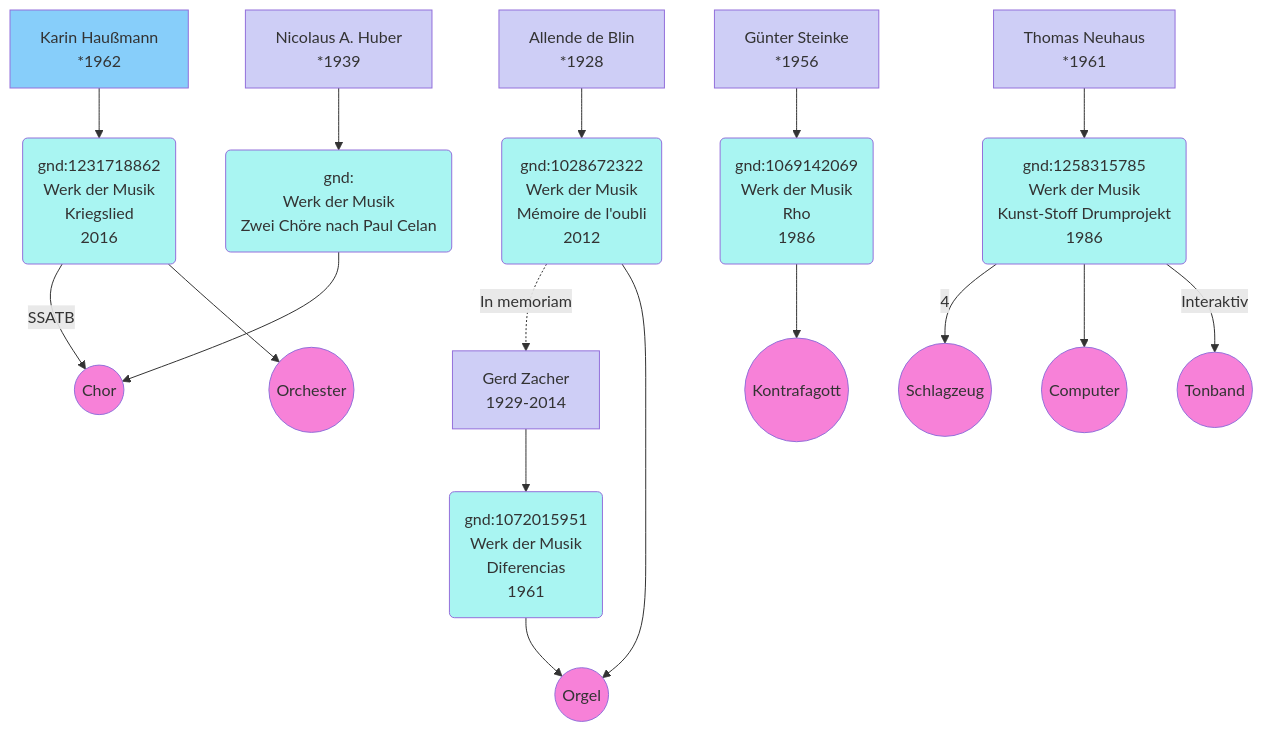
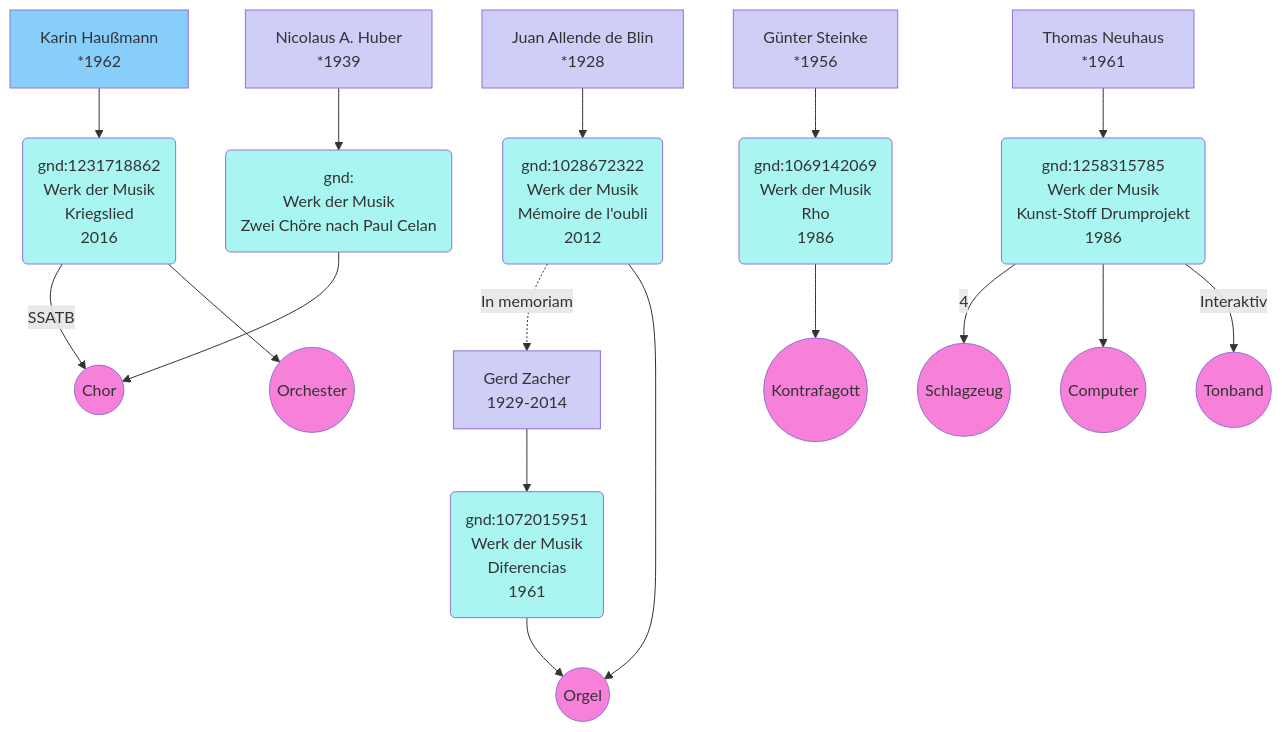
Before and after one commit to dinathelibrarian/KIR: the second of 2 diagrams in kir_v1.0.md, drawn with Mermaid.

````diff
--- a/kir_v1.0.md
+++ b/kir_v1.0.md
@@ -31,42 +31,42 @@
 ```mermaid
 flowchart
 classDef Werk fill:#A9F5F2;
 classDef Person_w fill:#87CEFA;
 classDef Ort fill:#A9A9F5;
 classDef Besetzung fill:#F781D8;
 classDef Person_m fill:#CECEF6;
 classDef Institution fill:#FE9A2E;
-a_de-blin[Allende de Blin<br>*1928]:::Person_m;
+a_de-blin[Juan Allende de Blin<br>*1928]:::Person_m;
 g_steinke[Günter Steinke<br>*1956]:::Person_m;
 th_neuhaus[Thomas Neuhaus<br>*1961]:::Person_m;
 g_zacher[Gerd Zacher<br>1929-2014]:::Person_m;
 k_haussmann[Karin Haußmann<br>*1962]:::Person_w;
 na_huber[Nicolaus A. Huber<br>*1939]:::Person_m;
 
 deblin_2012_memoire(gnd:1028672322<br>Werk der Musik<br>Mémoire de l'oubli<br>2012):::Werk -.->|In memoriam| g_zacher
 neuhaus_1989_kunststoff(gnd:1258315785<br>Werk der Musik<br>Kunst-Stoff Drumprojekt<br>1986):::Werk
 haussmann_2016_kriegslied(gnd:1231718862<br>Werk der Musik<br>Kriegslied<br>2016):::Werk
 steinke_1986_rho(gnd:1069142069<br>Werk der Musik<br>Rho<br>1986):::Werk
 zacher_1961_diferencias(gnd:1072015951<br>Werk der Musik<br>Diferencias<br>1961):::Werk
 huber_1965_choerecelan(gnd:<br>Werk der Musik<br>Zwei Chöre nach Paul Celan):::Werk
 
 Besetzung_Chor((Chor)):::Besetzung
 Besetzung_Orchester((Orchester)):::Besetzung
 Besetzung_Kontrafagott((Kontrafagott)):::Besetzung
 Besetzung_Orgel((Orgel)):::Besetzung
 Besetzung_Schlagzeug((Schlagzeug)):::Besetzung
 Besetzung_Tonband((Tonband)):::Besetzung
 Besetzung_Computer((Computer)):::Besetzung
 
 a_de-blin -->deblin_2012_memoire --> Besetzung_Orgel
 g_steinke --> steinke_1986_rho --> Besetzung_Kontrafagott
 g_zacher --> zacher_1961_diferencias --> Besetzung_Orgel
 th_neuhaus -->neuhaus_1989_kunststoff
 	neuhaus_1989_kunststoff -->|4| Besetzung_Schlagzeug((Schlagzeug)):::Besetzung
 	neuhaus_1989_kunststoff --> Besetzung_Computer((Computer)):::Besetzung
 	neuhaus_1989_kunststoff -->|Interaktiv| Besetzung_Tonband((Tonband)):::Besetzung
 k_haussmann --> haussmann_2016_kriegslied
 	haussmann_2016_kriegslied -->|SSATB| Besetzung_Chor
 	haussmann_2016_kriegslied --> Besetzung_Orchester 
 na_huber --> huber_1965_choerecelan --> Besetzung_Chor
 ```
````
